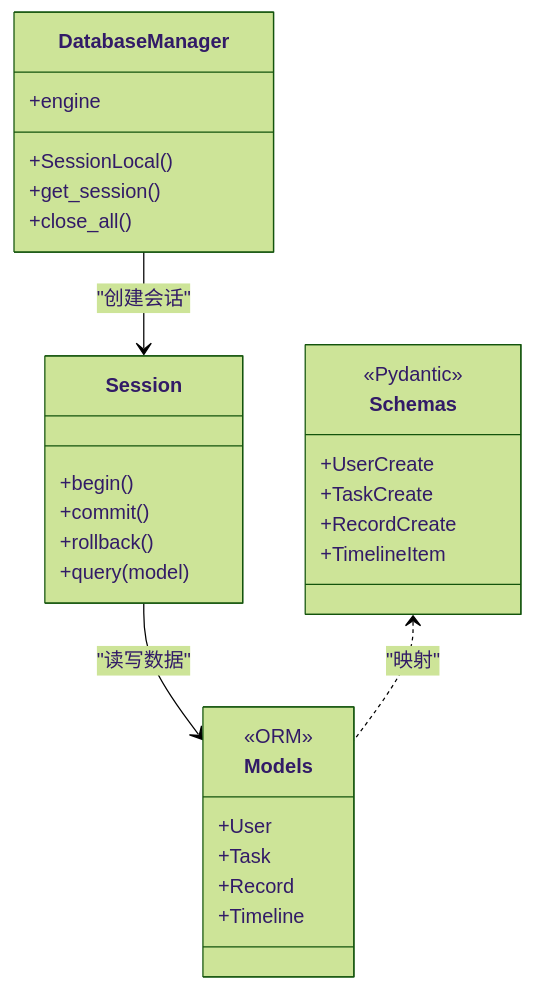
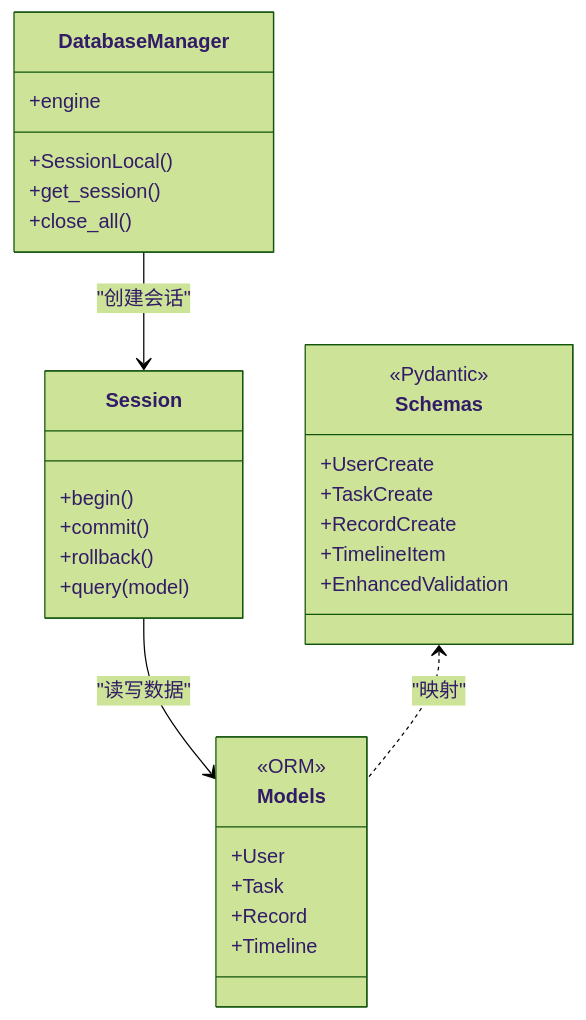
One commit to xufuyu/Lumen changed the fourth of 11 diagrams in .qoder/repowiki/zh/content/后端开发/后端架构设计.md. Above: the diagram before and after it, drawn with Mermaid (forest theme). The commit also changed other lines of this file and 43 other files, not shown here.

````diff
--- a/.qoder/repowiki/zh/content/后端开发/后端架构设计.md
+++ b/.qoder/repowiki/zh/content/后端开发/后端架构设计.md
@@ -216,32 +226,33 @@
 ```mermaid
 classDiagram
 class DatabaseManager {
 +engine
 +SessionLocal()
 +get_session()
 +close_all()
 }
 class Session {
 +begin()
 +commit()
 +rollback()
 +query(model)
 }
 class Models {
 <<ORM>>
 +User
 +Task
 +Record
 +Timeline
 }
 class Schemas {
 <<Pydantic>>
 +UserCreate
 +TaskCreate
 +RecordCreate
 +TimelineItem
++EnhancedValidation
 }
 DatabaseManager --> Session : "创建会话"
 Session --> Models : "读写数据"
 Schemas <.. Models : "映射"
 ```
````
